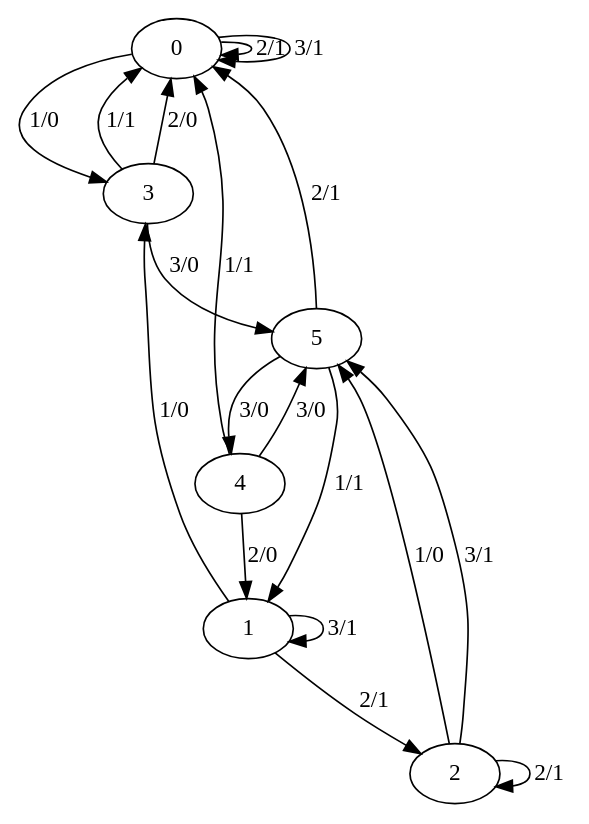
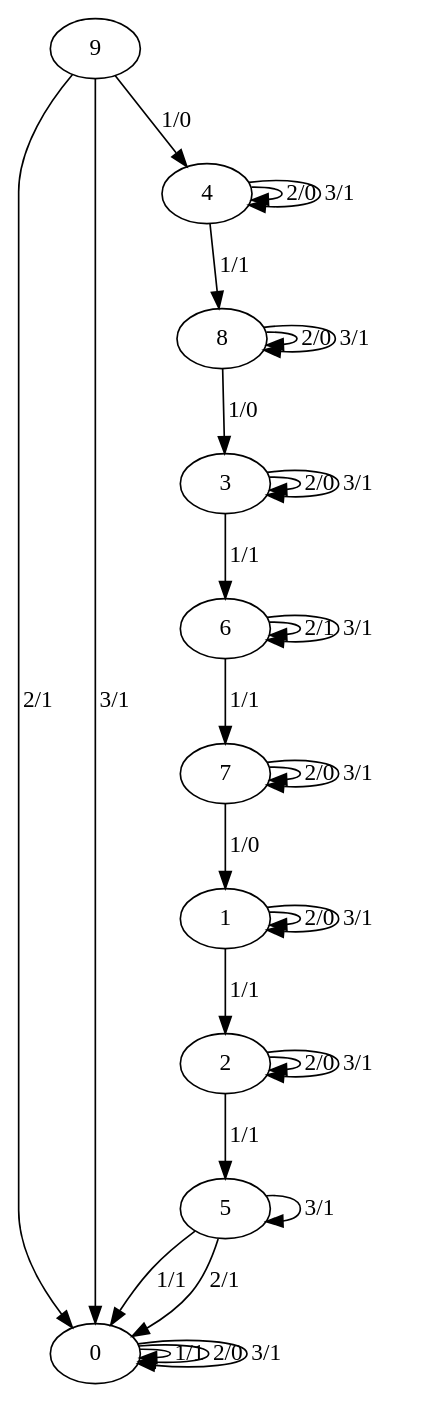
Before and after one commit to islamov-jahja/OOP_Universit: the diagram in MinimizationAutomat/MinimizationAutomat/outMili.dot, drawn with Graphviz. The commit also changed 24 other files, not shown here.

```diff
--- a/MinimizationAutomat/MinimizationAutomat/outMili.dot
+++ b/MinimizationAutomat/MinimizationAutomat/outMili.dot
@@ -1,26 +1,42 @@
 digraph G {
 0;
 1;
 2;
 3;
 4;
 5;
-0->3  [label="1/0", weight="1/0"];
-0->0  [label="2/1", weight="2/1"];
+6;
+7;
+8;
+9;
+0->0  [label="1/1", weight="1/1"];
+0->0  [label="2/0", weight="2/0"];
 0->0  [label="3/1", weight="3/1"];
-1->3  [label="1/0", weight="1/0"];
-1->2  [label="2/1", weight="2/1"];
+1->2  [label="1/1", weight="1/1"];
+1->1  [label="2/0", weight="2/0"];
 1->1  [label="3/1", weight="3/1"];
-2->5  [label="1/0", weight="1/0"];
-2->2  [label="2/1", weight="2/1"];
-2->5  [label="3/1", weight="3/1"];
-3->0  [label="1/1", weight="1/1"];
-3->0  [label="2/0", weight="2/0"];
-3->5  [label="3/0", weight="3/0"];
-4->0  [label="1/1", weight="1/1"];
-4->1  [label="2/0", weight="2/0"];
-4->5  [label="3/0", weight="3/0"];
-5->1  [label="1/1", weight="1/1"];
+2->5  [label="1/1", weight="1/1"];
+2->2  [label="2/0", weight="2/0"];
+2->2  [label="3/1", weight="3/1"];
+3->6  [label="1/1", weight="1/1"];
+3->3  [label="2/0", weight="2/0"];
+3->3  [label="3/1", weight="3/1"];
+4->8  [label="1/1", weight="1/1"];
+4->4  [label="2/0", weight="2/0"];
+4->4  [label="3/1", weight="3/1"];
+5->0  [label="1/1", weight="1/1"];
 5->0  [label="2/1", weight="2/1"];
-5->4  [label="3/0", weight="3/0"];
+5->5  [label="3/1", weight="3/1"];
+6->7  [label="1/1", weight="1/1"];
+6->6  [label="2/1", weight="2/1"];
+6->6  [label="3/1", weight="3/1"];
+7->1  [label="1/0", weight="1/0"];
+7->7  [label="2/0", weight="2/0"];
+7->7  [label="3/1", weight="3/1"];
+8->3  [label="1/0", weight="1/0"];
+8->8  [label="2/0", weight="2/0"];
+8->8  [label="3/1", weight="3/1"];
+9->4  [label="1/0", weight="1/0"];
+9->0  [label="2/1", weight="2/1"];
+9->0  [label="3/1", weight="3/1"];
 }
```
